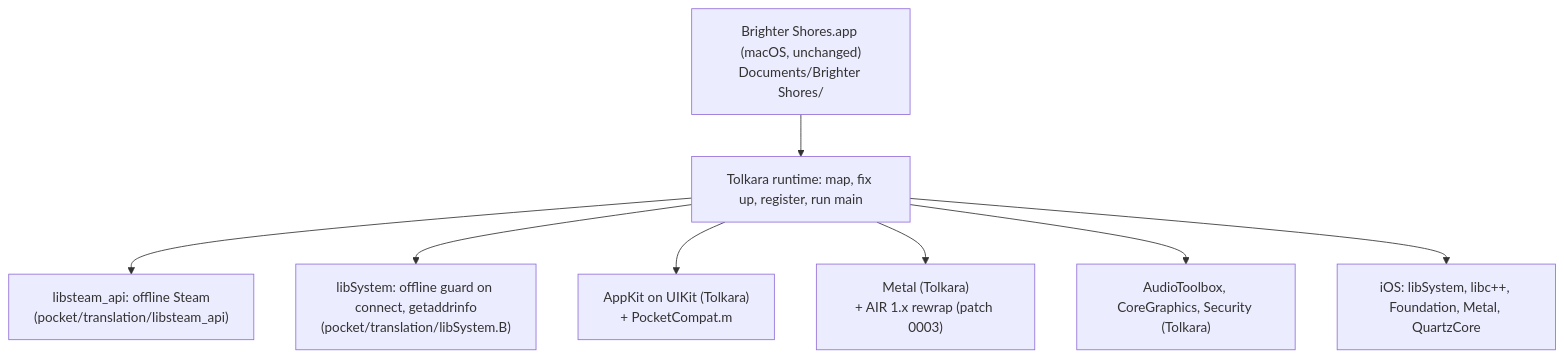
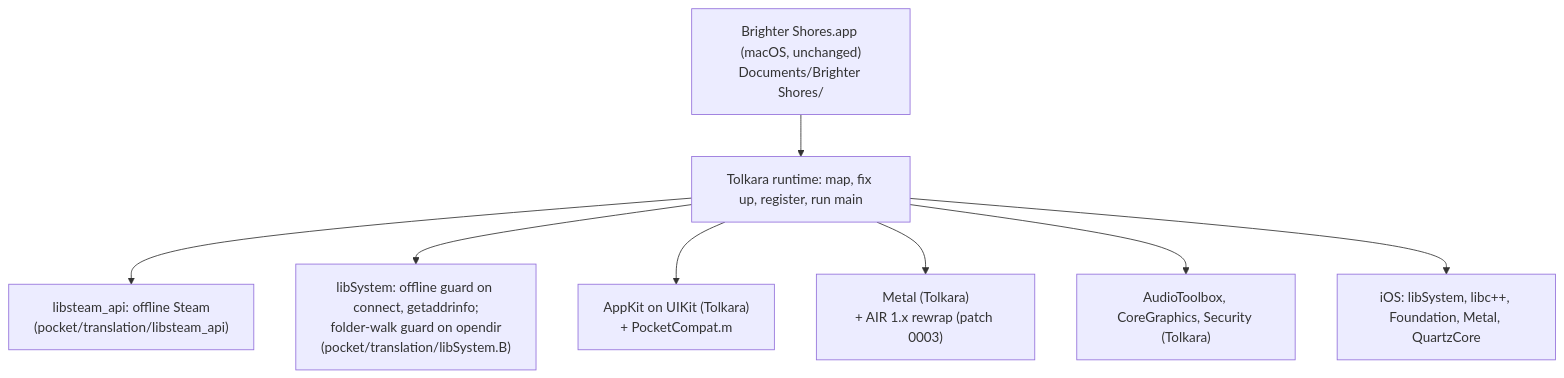
The diagram in docs/architecture.md (joenye/brighter-pocket), drawn with Mermaid before and after one commit. The commit also changed other lines of this file and 5 other files, not shown here.

Commit message:
docs: the emulated startup, the folder-walk guard and what they found

````diff
--- a/docs/architecture.md
+++ b/docs/architecture.md
@@ -9,12 +9,12 @@
 ```mermaid
 flowchart TB
     client["Brighter Shores.app (macOS, unchanged)<br/>Documents/Brighter Shores/"]
     loader["Tolkara runtime: map, fix up, register, run main"]
     client --> loader
     loader --> steam["libsteam_api: offline Steam<br/>(pocket/translation/libsteam_api)"]
-    loader --> net["libSystem: offline guard on connect, getaddrinfo<br/>(pocket/translation/libSystem.B)"]
+    loader --> net["libSystem: offline guard on connect, getaddrinfo;<br/>folder-walk guard on opendir<br/>(pocket/translation/libSystem.B)"]
     loader --> appkit["AppKit on UIKit (Tolkara)<br/>+ PocketCompat.m"]
     loader --> metal["Metal (Tolkara)<br/>+ AIR 1.x rewrap (patch 0003)"]
     loader --> other["AudioToolbox, CoreGraphics, Security (Tolkara)"]
     loader --> ios["iOS: libSystem, libc++, Foundation, Metal, QuartzCore"]
 ```
````
